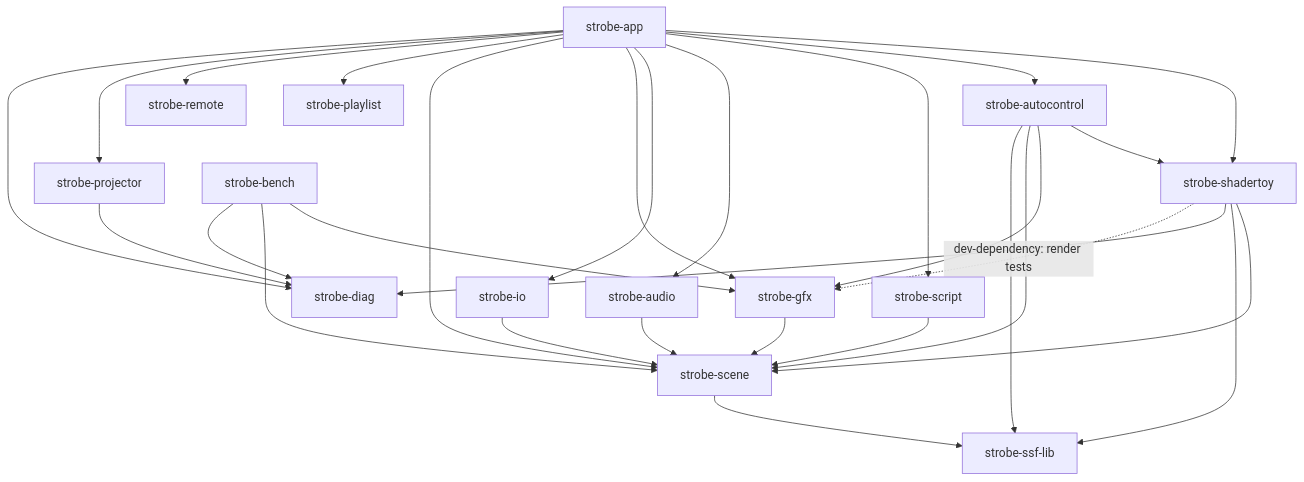
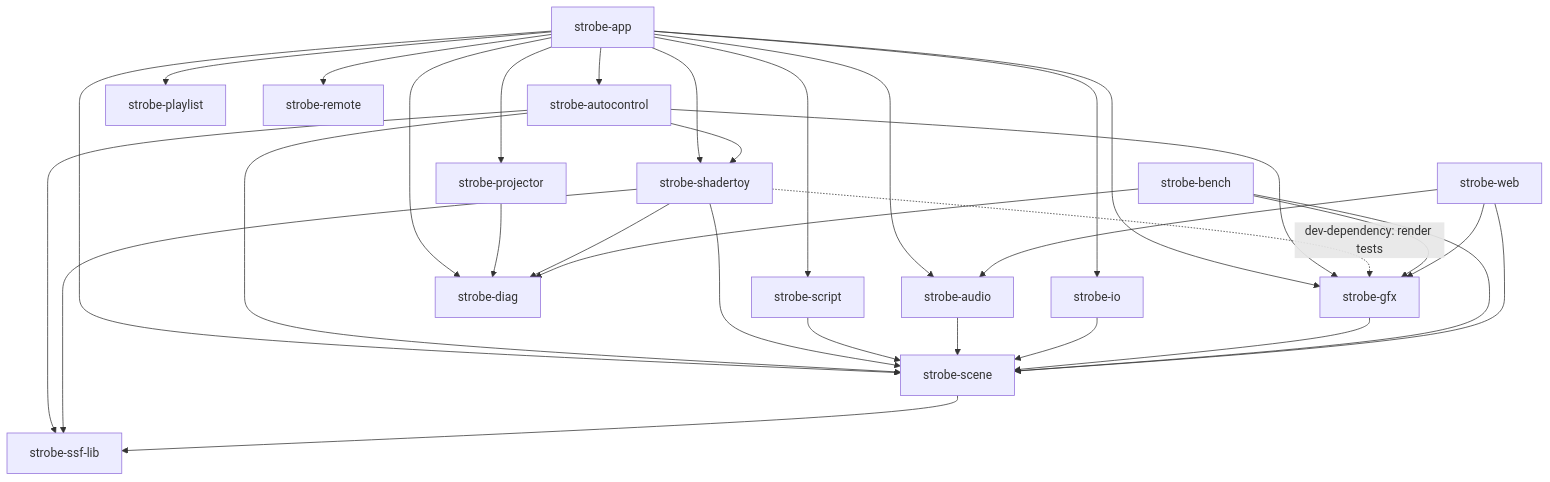
The diagram in docs/ARCHITECTURE.md (lnorton89/strobe), drawn with Mermaid before and after one commit. The commit also changed other lines of this file and 39 other files, not shown here.

````diff
--- a/docs/ARCHITECTURE.md
+++ b/docs/ARCHITECTURE.md
@@ -39,11 +40,12 @@
 ```mermaid
 flowchart TD
     app[strobe-app] --> shadertoy[strobe-shadertoy] & autocontrol[strobe-autocontrol] & script[strobe-script] & audio[strobe-audio] & io[strobe-io] & gfx[strobe-gfx] & scene[strobe-scene] & playlist[strobe-playlist] & remote[strobe-remote] & projector[strobe-projector] & diag[strobe-diag]
     projector --> diag
     autocontrol --> shadertoy & gfx & scene & ssf[strobe-ssf-lib]
     shadertoy --> scene & ssf & diag
     shadertoy -. "dev-dependency: render tests" .-> gfx
     script & audio & io & gfx --> scene
     scene --> ssf
     bench[strobe-bench] --> gfx & scene & diag
+    web[strobe-web] --> gfx & audio & scene
 ```
````
